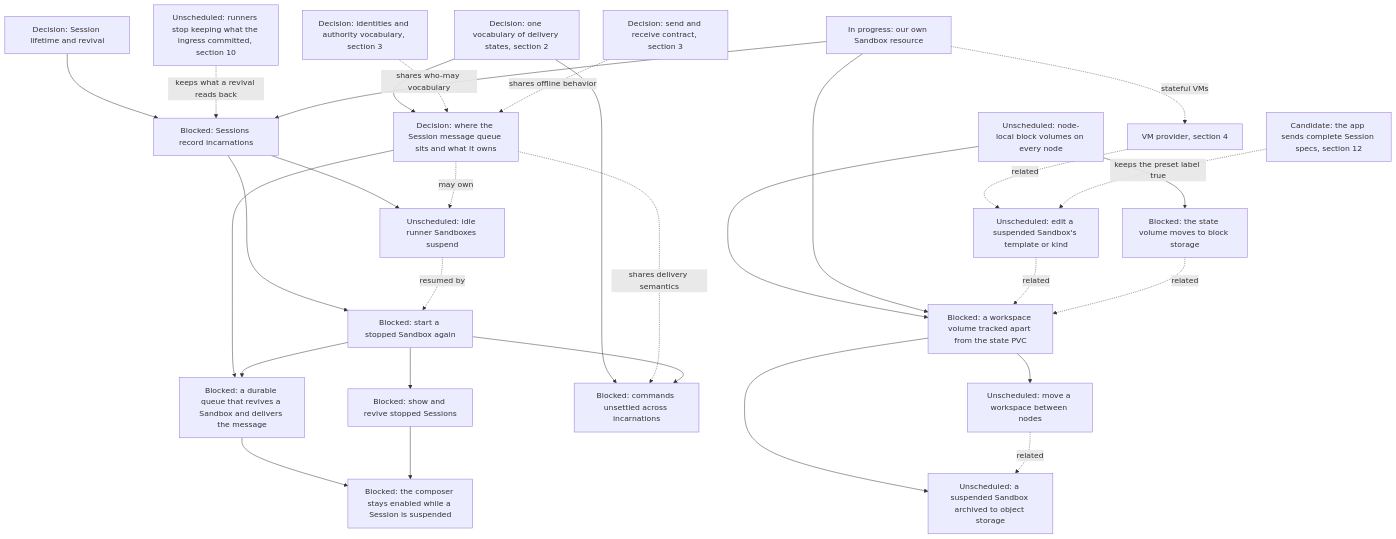
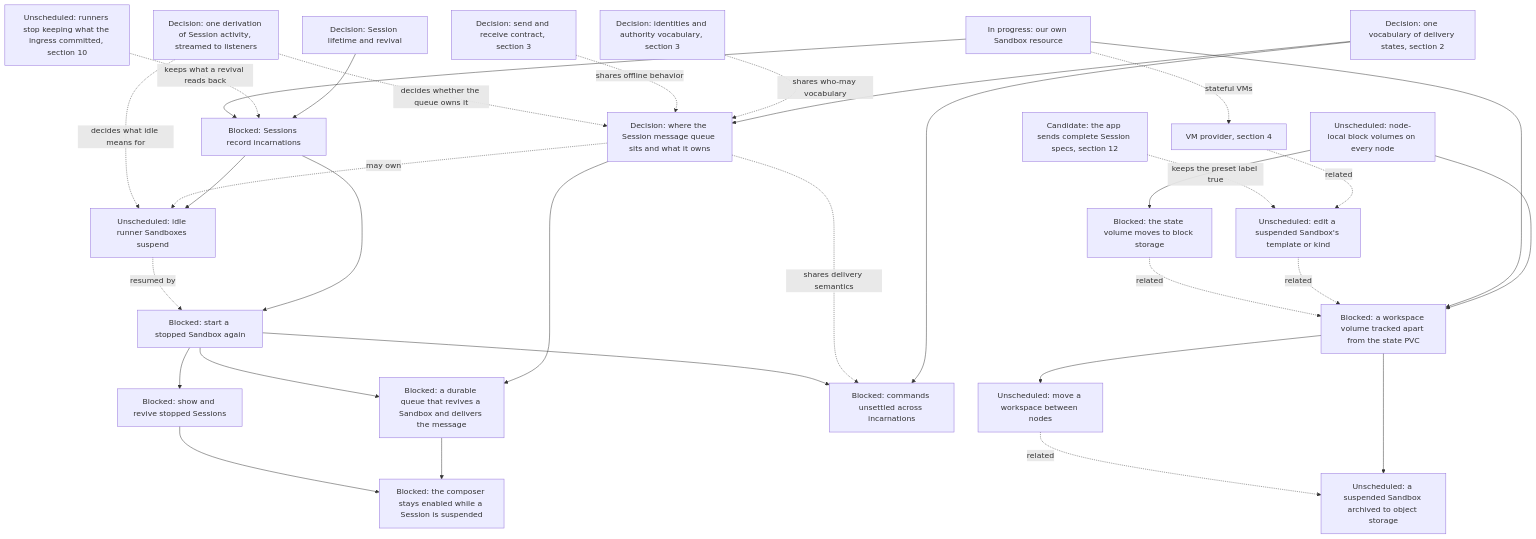
One commit to agentydragon-agent/ducktape changed the ninth of 15 diagrams in agentplane/plans/task_dag.md. Above: the diagram before and after it, drawn with Mermaid. The commit also changed other lines of this file, not shown here.

First line of the commit message:
agentplane/plans: add the Session activity stream decision (#10317)

````diff
--- a/agentplane/plans/task_dag.md
+++ b/agentplane/plans/task_dag.md
@@ -686,48 +700,51 @@
 ```mermaid
 flowchart TD
     DURABLE_SESSION_LIFECYCLE[Decision: Session lifetime and revival]
     STATE_VOLUME_BLOCK[Blocked: the state volume moves to block storage]
     NODE_LOCAL_BLOCK_STORAGE[Unscheduled: node-local block volumes on every node]
     WORKSPACE_VOLUME[Blocked: a workspace volume tracked apart from the state PVC]
     SANDBOX_SPEC_EDIT[Unscheduled: edit a suspended Sandbox's template or kind]
     WORKSPACE_NODE_PORTABILITY[Unscheduled: move a workspace between nodes]
     SANDBOX_ARCHIVE[Unscheduled: a suspended Sandbox archived to object storage]
     AGENTPLANE_SANDBOX_RESOURCE[In progress: our own Sandbox resource]
     SESSION_INCARNATIONS[Blocked: Sessions record incarnations]
     SESSION_REVIVE[Blocked: start a stopped Sandbox again]
     SESSION_QUEUE_DESIGN[Decision: where the Session message queue sits and what it owns]
+    SESSION_ACTIVITY_STREAM[Decision: one derivation of Session activity, streamed to listeners]
     SESSION_MESSAGE_QUEUE[Blocked: a durable queue that revives a Sandbox and delivers the message]
     SUSPENDED_COMPOSER[Blocked: the composer stays enabled while a Session is suspended]
     THREAD_SUCCESSOR_DELIVERY[Blocked: commands unsettled across incarnations]
     HOSTED_THREAD_SURFACES[Blocked: show and revive stopped Sessions]
     VM_PROVIDER[VM provider, section 4]
     DURABLE_SESSION_LIFECYCLE --> SESSION_INCARNATIONS
     NODE_LOCAL_BLOCK_STORAGE --> STATE_VOLUME_BLOCK
     NODE_LOCAL_BLOCK_STORAGE --> WORKSPACE_VOLUME
     AGENTPLANE_SANDBOX_RESOURCE --> WORKSPACE_VOLUME
     WORKSPACE_VOLUME --> WORKSPACE_NODE_PORTABILITY
     WORKSPACE_VOLUME --> SANDBOX_ARCHIVE
     WORKSPACE_NODE_PORTABILITY -. related .-> SANDBOX_ARCHIVE
     SANDBOX_SPEC_EDIT -. related .-> WORKSPACE_VOLUME
     VM_PROVIDER -. related .-> SANDBOX_SPEC_EDIT
     APP_SESSION_DEFAULTS[Candidate: the app sends complete Session specs, section 12] -. keeps the preset label true .-> SANDBOX_SPEC_EDIT
     RUNNER_JOURNAL_TRIM[Unscheduled: runners stop keeping what the ingress committed, section 10] -. keeps what a revival reads back .-> SESSION_INCARNATIONS
     STATE_VOLUME_BLOCK -. related .-> WORKSPACE_VOLUME
     AGENTPLANE_SANDBOX_RESOURCE --> SESSION_INCARNATIONS
     AGENTPLANE_SANDBOX_RESOURCE -. stateful VMs .-> VM_PROVIDER
     SESSION_INCARNATIONS --> SESSION_REVIVE
     SESSION_INCARNATIONS --> SANDBOX_IDLE_EXPIRY[Unscheduled: idle runner Sandboxes suspend]
     SANDBOX_IDLE_EXPIRY -. resumed by .-> SESSION_REVIVE
     SESSION_QUEUE_DESIGN --> SESSION_MESSAGE_QUEUE
     SESSION_REVIVE --> SESSION_MESSAGE_QUEUE
     SESSION_MESSAGE_QUEUE --> SUSPENDED_COMPOSER
     HOSTED_THREAD_SURFACES --> SUSPENDED_COMPOSER
     COMMAND_DELIVERY_STATES[Decision: one vocabulary of delivery states, section 2] --> SESSION_QUEUE_DESIGN
     COMMAND_DELIVERY_STATES --> THREAD_SUCCESSOR_DELIVERY
     MULTIAGENT_MODEL[Decision: identities and authority vocabulary, section 3] -. shares who-may vocabulary .-> SESSION_QUEUE_DESIGN
     AGENT_MESSAGING_DESIGN[Decision: send and receive contract, section 3] -. shares offline behavior .-> SESSION_QUEUE_DESIGN
     SESSION_QUEUE_DESIGN -. may own .-> SANDBOX_IDLE_EXPIRY
+    SESSION_ACTIVITY_STREAM -. decides what idle means for .-> SANDBOX_IDLE_EXPIRY
+    SESSION_ACTIVITY_STREAM -. decides whether the queue owns it .-> SESSION_QUEUE_DESIGN
     SESSION_QUEUE_DESIGN -. shares delivery semantics .-> THREAD_SUCCESSOR_DELIVERY
     SESSION_REVIVE --> THREAD_SUCCESSOR_DELIVERY
     SESSION_REVIVE --> HOSTED_THREAD_SURFACES
 ```
````
